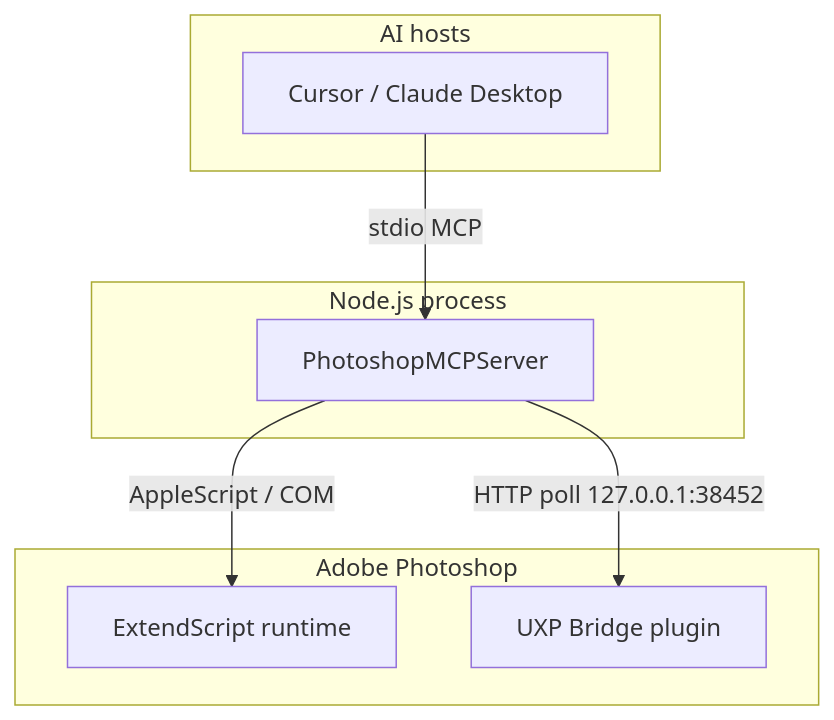
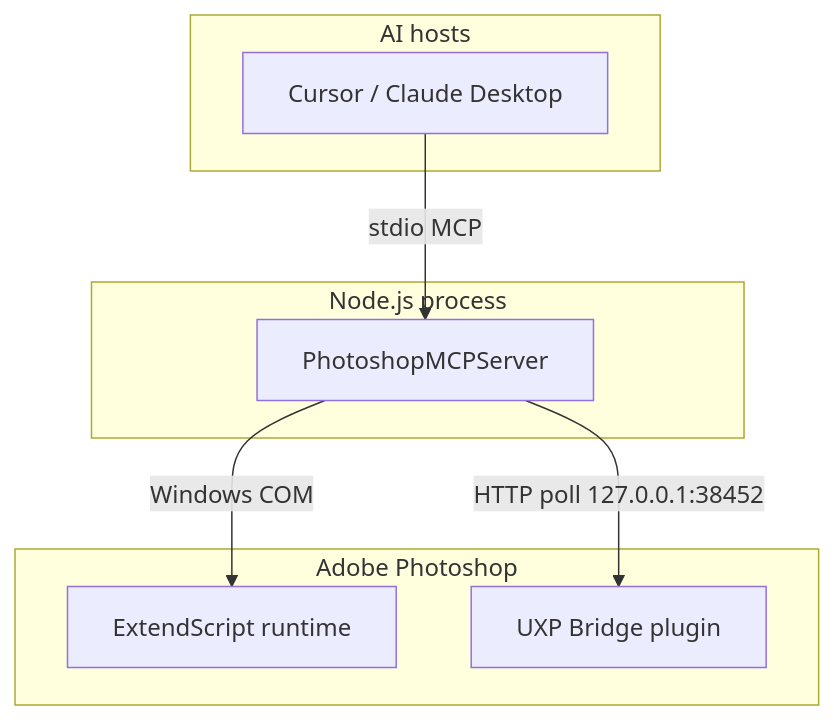
The diagram in docs/architecture.md (zohartito/photoshop-mcp), drawn with Mermaid before and after one commit. The commit also changed other lines of this file and 54 other files, not shown here.

````diff
--- a/docs/architecture.md
+++ b/docs/architecture.md
@@ -15,19 +15,19 @@
 ```mermaid
 flowchart TB
   subgraph hosts [AI hosts]
     IDE[Cursor / Claude Desktop]
   end
 
   subgraph node [Node.js process]
     MCP[PhotoshopMCPServer]
   end
 
   subgraph ps [Adobe Photoshop]
     ES[ExtendScript runtime]
     UXP[UXP Bridge plugin]
   end
 
   IDE -->|stdio MCP| MCP
-  MCP -->|AppleScript / COM| ES
+  MCP -->|Windows COM| ES
   MCP -->|HTTP poll 127.0.0.1:38452| UXP
 ```
````
